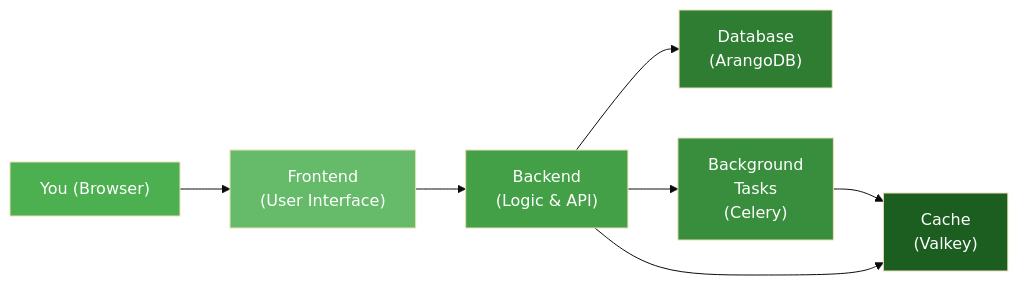
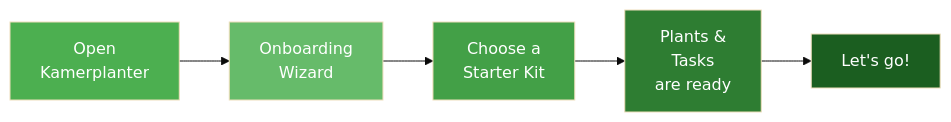
Before and after one commit to nolte/kamerplanter: the diagram in docs/en/getting-started/index.md, drawn with Mermaid (base theme). The commit also changed other lines of this file and 171 other files, not shown here.

First line of the commit message:
feat: workflow phase editing, PhaseSequence integration, docs restructure

````diff
--- a/docs/en/getting-started/index.md
+++ b/docs/en/getting-started/index.md
@@ -25,16 +31,13 @@
 ```mermaid
 graph LR
-    A["You (Browser)"] --> B["Frontend\n(User Interface)"]
-    B --> C["Backend\n(Logic & API)"]
-    C --> D["Database\n(ArangoDB)"]
-    C --> E["Background\nTasks\n(Celery)"]
-    E --> F["Cache\n(Valkey)"]
-    C --> F
+    A["Open<br>Kamerplanter"] --> B["Onboarding<br>Wizard"]
+    B --> C["Choose a<br>Starter Kit"]
+    C --> D["Plants &<br>Tasks<br>are ready"]
+    D --> E["Let's go!"]
 
     style A fill:#4CAF50,color:#fff
     style B fill:#66BB6A,color:#fff
     style C fill:#43A047,color:#fff
     style D fill:#2E7D32,color:#fff
-    style E fill:#388E3C,color:#fff
-    style F fill:#1B5E20,color:#fff
+    style E fill:#1B5E20,color:#fff
 ```
````
